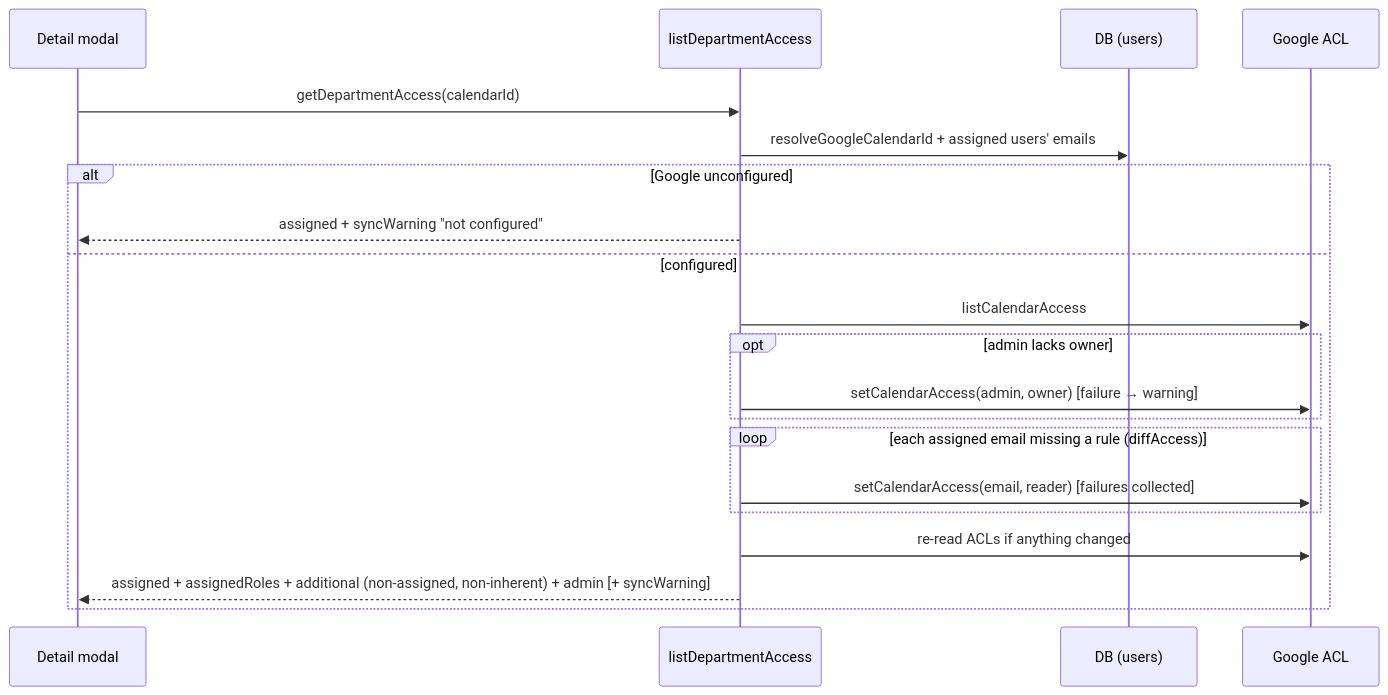
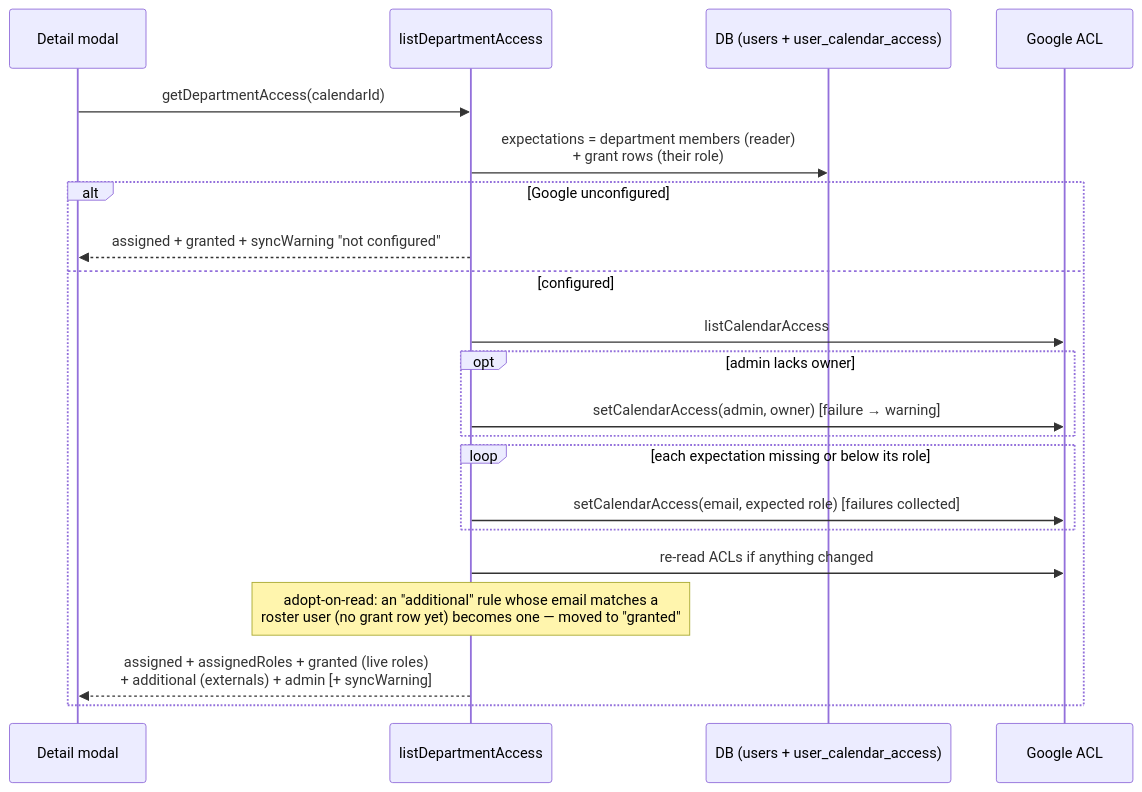
One commit to oncloudnintynineone-source/cloudy2 changed the fifth of 6 diagrams in docs/roster-sharing.md. Above: the diagram before and after it, drawn with Mermaid. The commit also changed other lines of this file and 20 other files, not shown here.

Commit message:
Users tab: cross-department calendar access (user_calendar_access grants, adoption, block on roster emails)

````diff
--- a/docs/roster-sharing.md
+++ b/docs/roster-sharing.md
@@ -383,22 +436,23 @@
 ```mermaid
 sequenceDiagram
     participant M as Detail modal
     participant S as listDepartmentAccess
-    participant D as DB (users)
+    participant D as DB (users + user_calendar_access)
     participant G as Google ACL
     M->>S: getDepartmentAccess(calendarId)
-    S->>D: resolveGoogleCalendarId + assigned users' emails
+    S->>D: expectations = department members (reader)<br/>+ grant rows (their role)
     alt Google unconfigured
-        S-->>M: assigned + syncWarning "not configured"
+        S-->>M: assigned + granted + syncWarning "not configured"
     else configured
         S->>G: listCalendarAccess
         opt admin lacks owner
             S->>G: setCalendarAccess(admin, owner)  [failure → warning]
         end
-        loop each assigned email missing a rule (diffAccess)
-            S->>G: setCalendarAccess(email, reader)  [failures collected]
+        loop each expectation missing or below its role
+            S->>G: setCalendarAccess(email, expected role)  [failures collected]
         end
         S->>G: re-read ACLs if anything changed
-        S-->>M: assigned + assignedRoles + additional (non-assigned, non-inherent) + admin [+ syncWarning]
+        Note over S: adopt-on-read: an "additional" rule whose email matches a<br/>roster user (no grant row yet) becomes one — moved to "granted"
+        S-->>M: assigned + assignedRoles + granted (live roles)<br/>+ additional (externals) + admin [+ syncWarning]
     end
 ```
````
